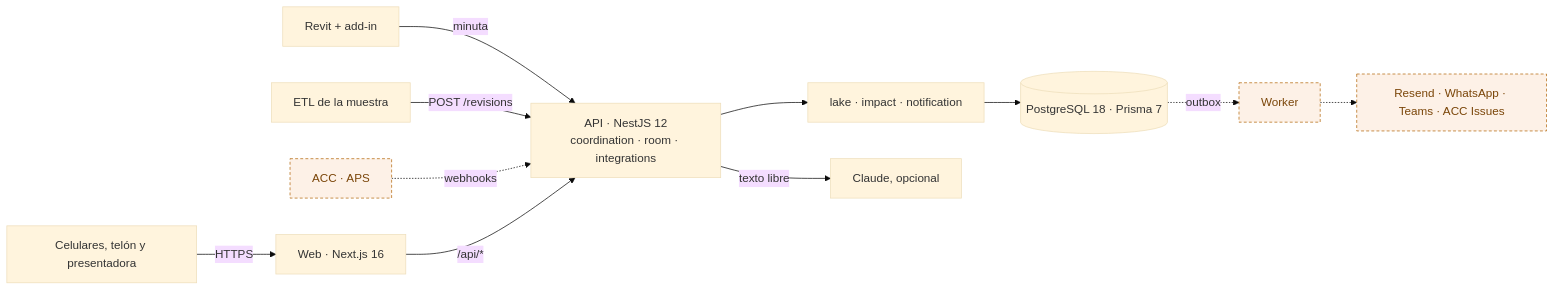
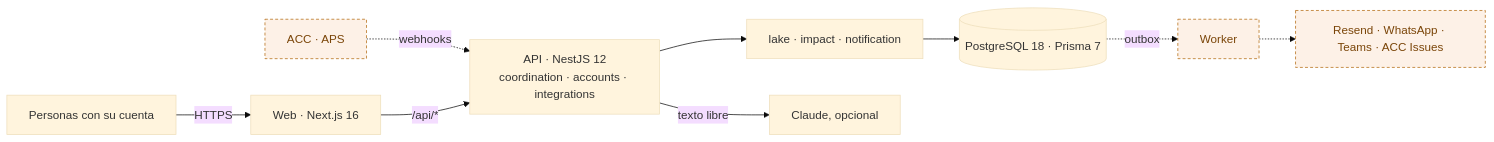
Before and after one commit to platanus-hack/platanus-hack-26-cl-team-27: the second of 2 diagrams in docs/spec/README.md, drawn with Mermaid (base theme). The commit also changed other lines of this file and 367 other files, not shown here.

````diff
--- a/docs/spec/README.md
+++ b/docs/spec/README.md
@@ -81,16 +79,14 @@
 ```mermaid
 flowchart LR
-  revit["Revit + add-in"] -->|minuta| api
-  etl["ETL de la muestra"] -->|POST /revisions| api
   acc["ACC · APS"] -.->|webhooks| api
-  personas["Celulares, telón y presentadora"] -->|HTTPS| web["Web · Next.js 16"]
-  web -->|/api/*| api["API · NestJS 12<br/>coordination · room · integrations"]
+  personas["Personas con su cuenta"] -->|HTTPS| web["Web · Next.js 16"]
+  web -->|/api/*| api["API · NestJS 12<br/>coordination · accounts · integrations"]
   api --> ctx["lake · impact · notification"]
   ctx --> pg[("PostgreSQL 18 · Prisma 7")]
   api -->|texto libre| claude["Claude, opcional"]
   pg -.->|outbox| worker["Worker"]
   worker -.-> canales["Resend · WhatsApp · Teams · ACC Issues"]
 
   classDef todo fill:#FDF1E7,stroke:#B4690E,color:#7A4508,stroke-dasharray:4 3
   class acc,worker,canales todo
 ```
````
